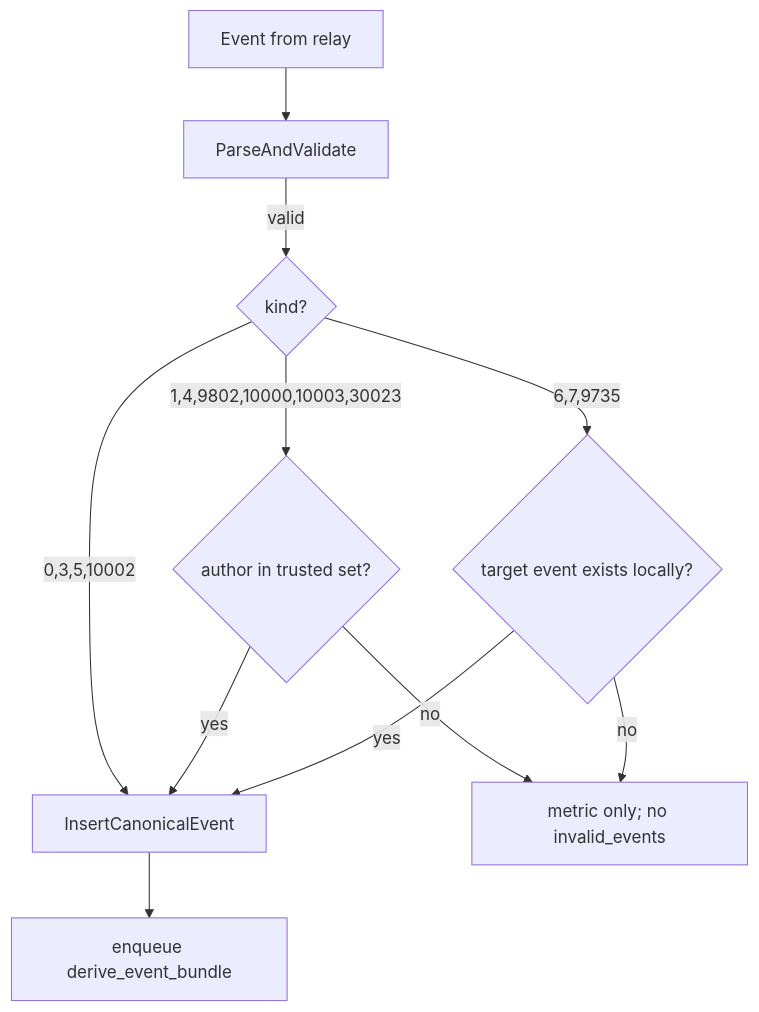
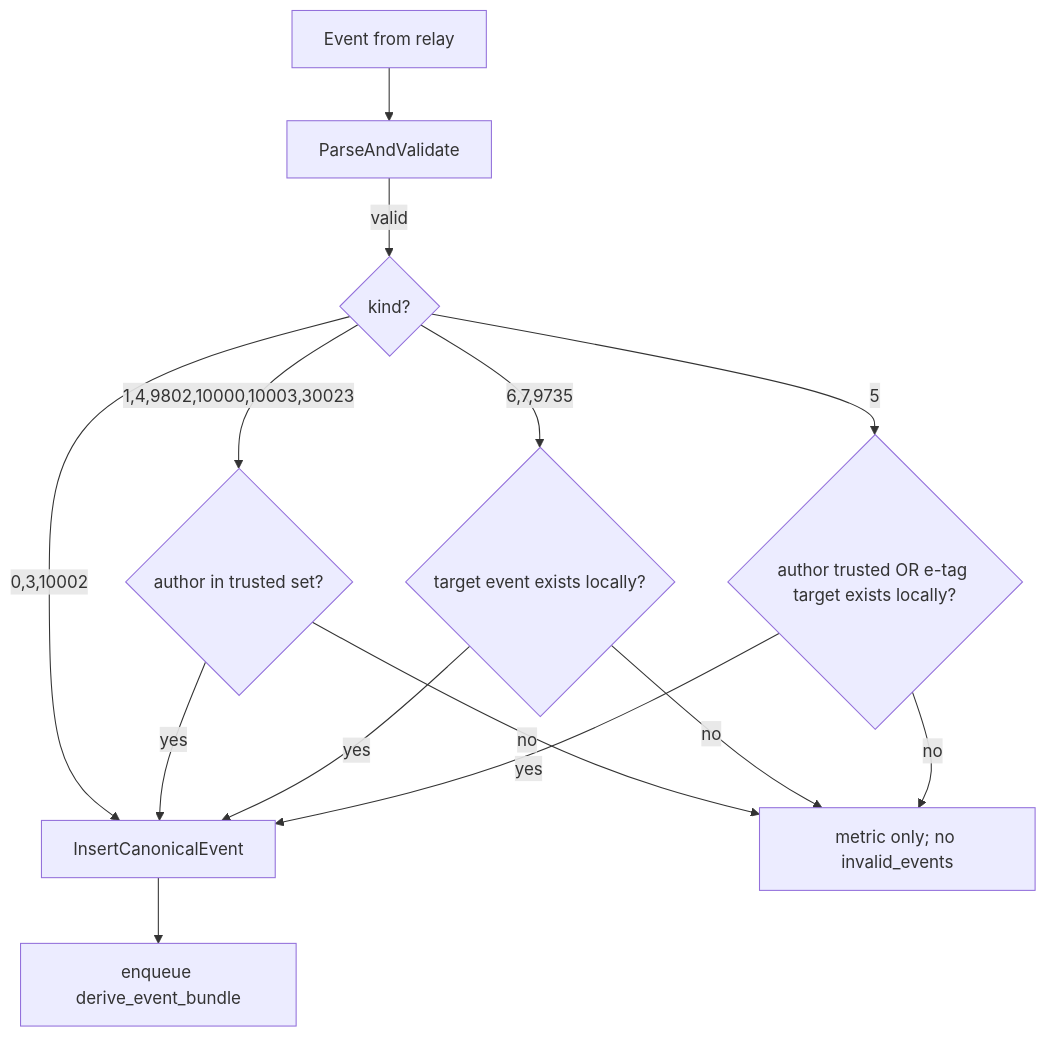
One commit to xdzczk/nostrmash changed the diagram in docs/architecture/trust-bounded-ingest.md. Above: the diagram before and after it, drawn with Mermaid. The commit also changed other lines of this file and 12 other files, not shown here.

````diff
--- a/docs/architecture/trust-bounded-ingest.md
+++ b/docs/architecture/trust-bounded-ingest.md
@@ -19,13 +20,16 @@
 ```mermaid
 flowchart TD
   E["Event from relay"] --> V["ParseAndValidate"]
   V -->|valid| K{"kind?"}
-  K -->|"0,3,5,10002"| Store["InsertCanonicalEvent"]
+  K -->|"0,3,10002"| Store["InsertCanonicalEvent"]
   K -->|"1,4,9802,10000,10003,30023"| T{"author in trusted set?"}
   T -->|yes| Store
   T -->|no| Drop["metric only; no invalid_events"]
   K -->|"6,7,9735"| Tgt{"target event exists locally?"}
   Tgt -->|yes| Store
   Tgt -->|no| Drop
+  K -->|"5"| D5{"author trusted OR e-tag target exists locally?"}
+  D5 -->|yes| Store
+  D5 -->|no| Drop
   Store --> J["enqueue derive_event_bundle"]
 ```
````
